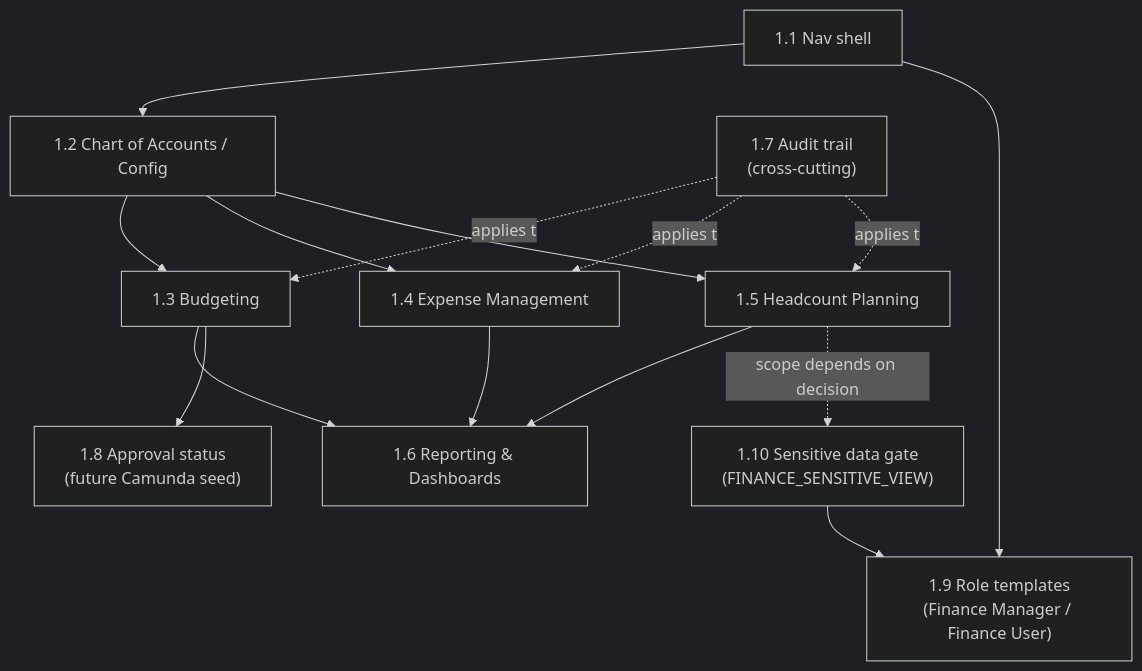
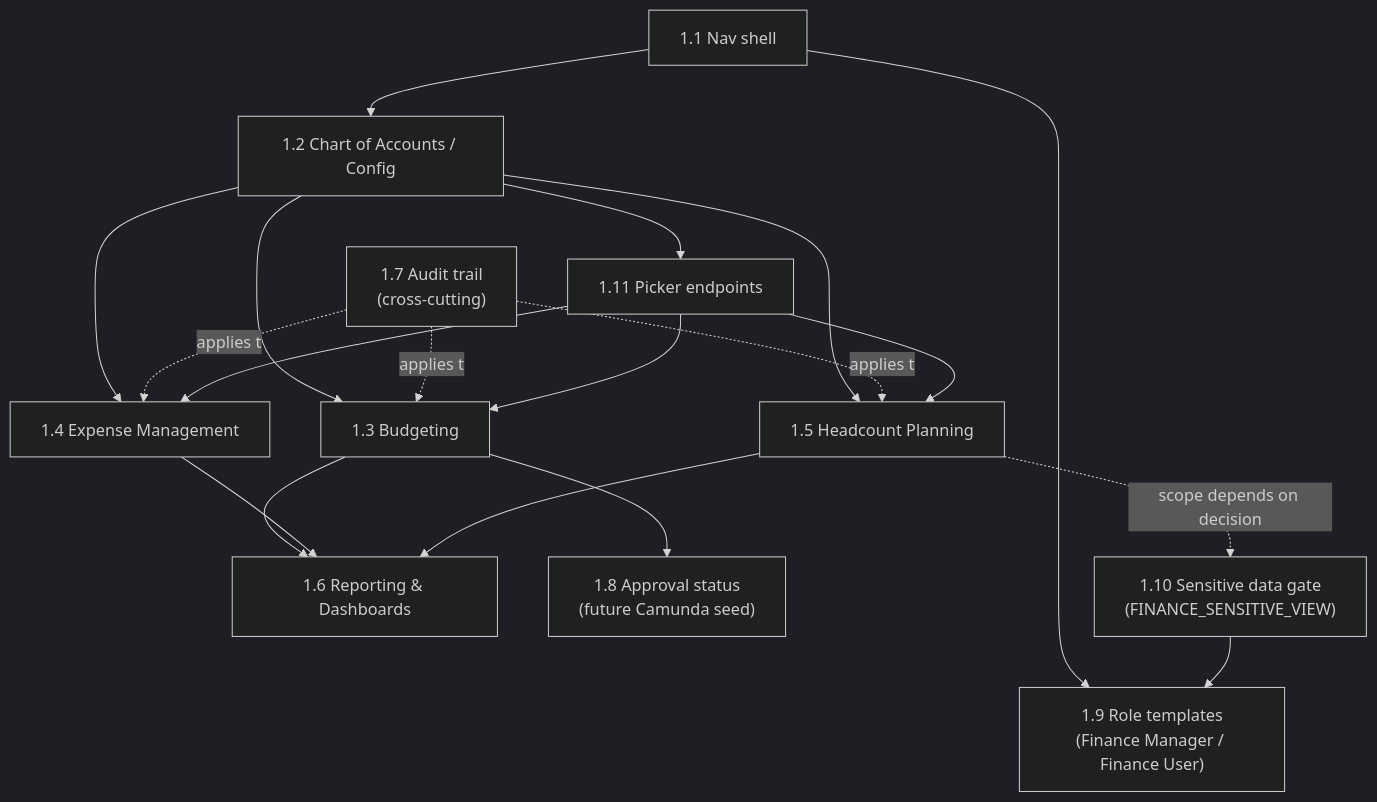
Before and after one commit to pgnaleen/nexus-crm: the seventh of 8 diagrams in docs/project/epics/epic-8-finance.md, drawn with Mermaid (dark theme). The commit also changed other lines of this file and 11 other files, not shown here.

````diff
--- a/docs/project/epics/epic-8-finance.md
+++ b/docs/project/epics/epic-8-finance.md
@@ -238,17 +270,21 @@
 ```mermaid
 flowchart TD
     S11["1.1 Nav shell"] --> S12["1.2 Chart of Accounts / Config"]
     S12 --> S13["1.3 Budgeting"]
     S12 --> S14["1.4 Expense Management"]
     S12 --> S15["1.5 Headcount Planning"]
     S13 --> S16["1.6 Reporting & Dashboards"]
     S14 --> S16
     S15 --> S16
     S17["1.7 Audit trail<br/>(cross-cutting)"] -.applies to.-> S13
     S17 -.applies to.-> S14
     S17 -.applies to.-> S15
     S13 --> S18["1.8 Approval status<br/>(future Camunda seed)"]
     S11 --> S19["1.9 Role templates<br/>(Finance Manager / Finance User)"]
     S110["1.10 Sensitive data gate<br/>(FINANCE_SENSITIVE_VIEW)"] --> S19
     S15 -.scope depends on decision.-> S110
+    S12 --> S111["1.11 Picker endpoints"]
+    S111 --> S13
+    S111 --> S14
+    S111 --> S15
 ```
````
